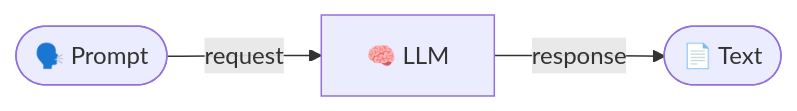
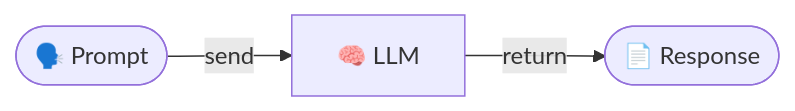
Before and after one commit to agenticloops-ai/agentic-ai-engineering: the second of 8 diagrams in 01-foundations/workshop.md, drawn with Mermaid. The commit also changed other lines of this file, not shown here.

Commit message:
docs: standardize diagram naming (nouns for shapes, verbs for arrows)

````diff
--- a/01-foundations/workshop.md
+++ b/01-foundations/workshop.md
@@ -127,5 +127,5 @@
 ```mermaid
 flowchart LR
-    U([🗣️ Prompt]) -->|request| L[🧠 LLM]
-    L -->|response| O([📄 Text])
+    U([🗣️ Prompt]) -->|send| L[🧠 LLM]
+    L -->|return| O([📄 Response])
 ```
````
